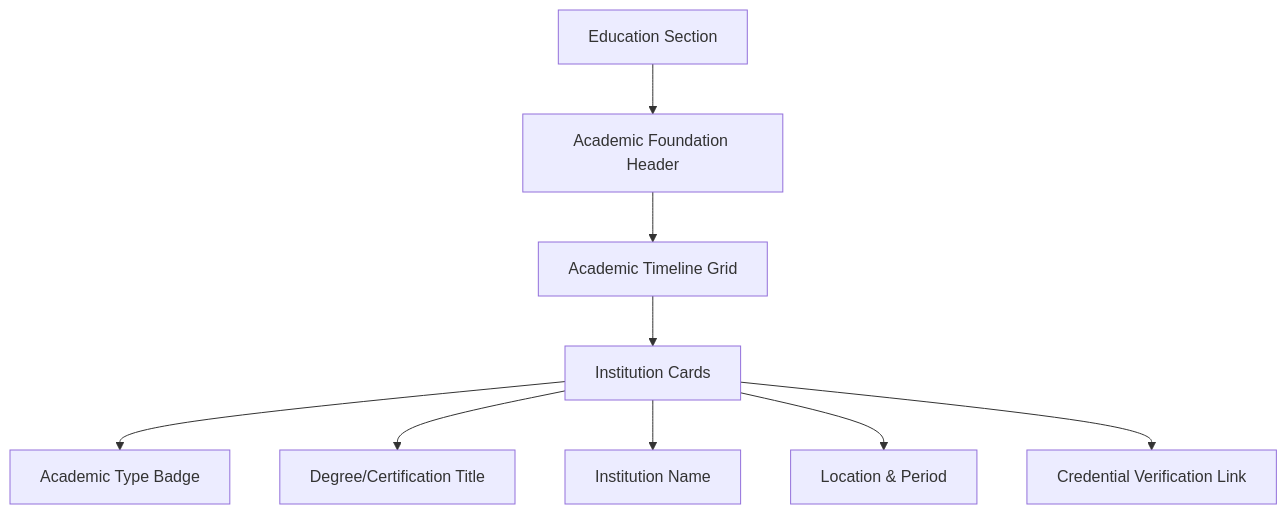
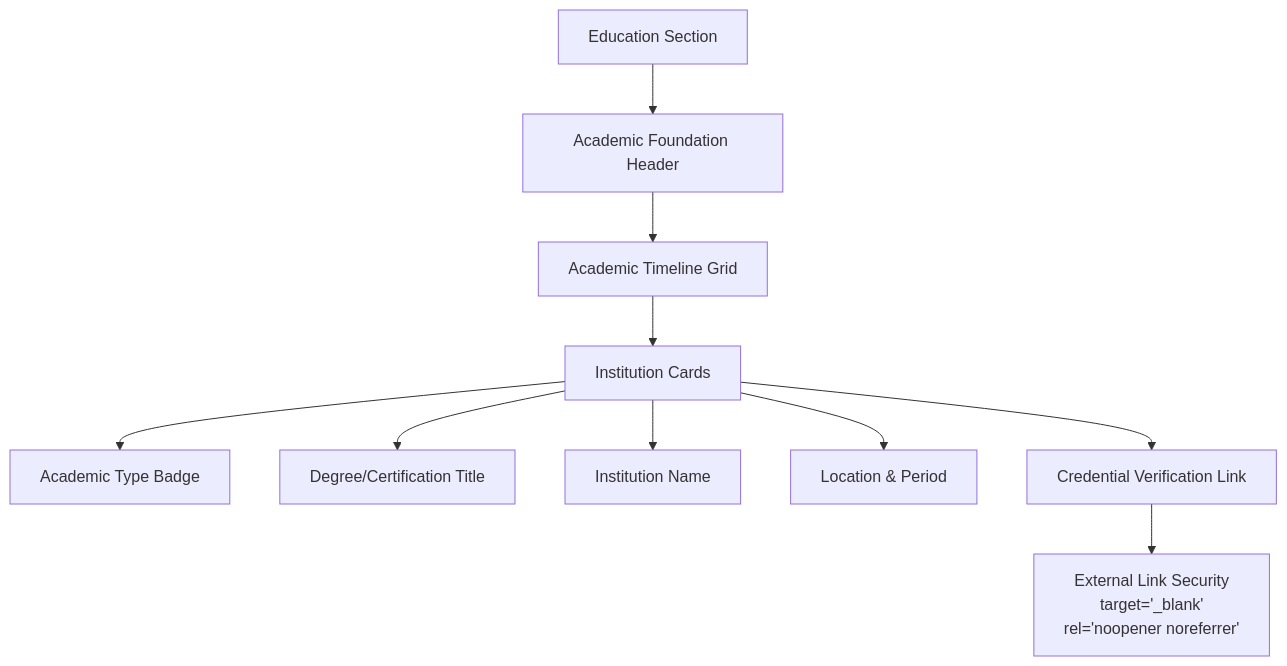
Before and after one commit to subash7781/Portfolio: the sixth of 7 diagrams in .qoder/repowiki/en/content/Component Library & UI Elements/Navigation Component.md, drawn with Mermaid. The commit also changed other lines of this file and 6 other files, not shown here.

````diff
--- a/.qoder/repowiki/en/content/Component Library & UI Elements/Navigation Component.md
+++ b/.qoder/repowiki/en/content/Component Library & UI Elements/Navigation Component.md
@@ -301,11 +341,12 @@
 ```mermaid
 flowchart TD
 Education["Education Section"] --> Header["Academic Foundation Header"]
 Header --> Timeline["Academic Timeline Grid"]
 Timeline --> Institution["Institution Cards"]
 Institution --> Type["Academic Type Badge"]
 Institution --> Title["Degree/Certification Title"]
 Institution --> InstitutionName["Institution Name"]
 Institution --> Location["Location & Period"]
 Institution --> Credential["Credential Verification Link"]
+Credential --> Security["External Link Security<br/>target='_blank'<br/>rel='noopener noreferrer'"]
 ```
````
